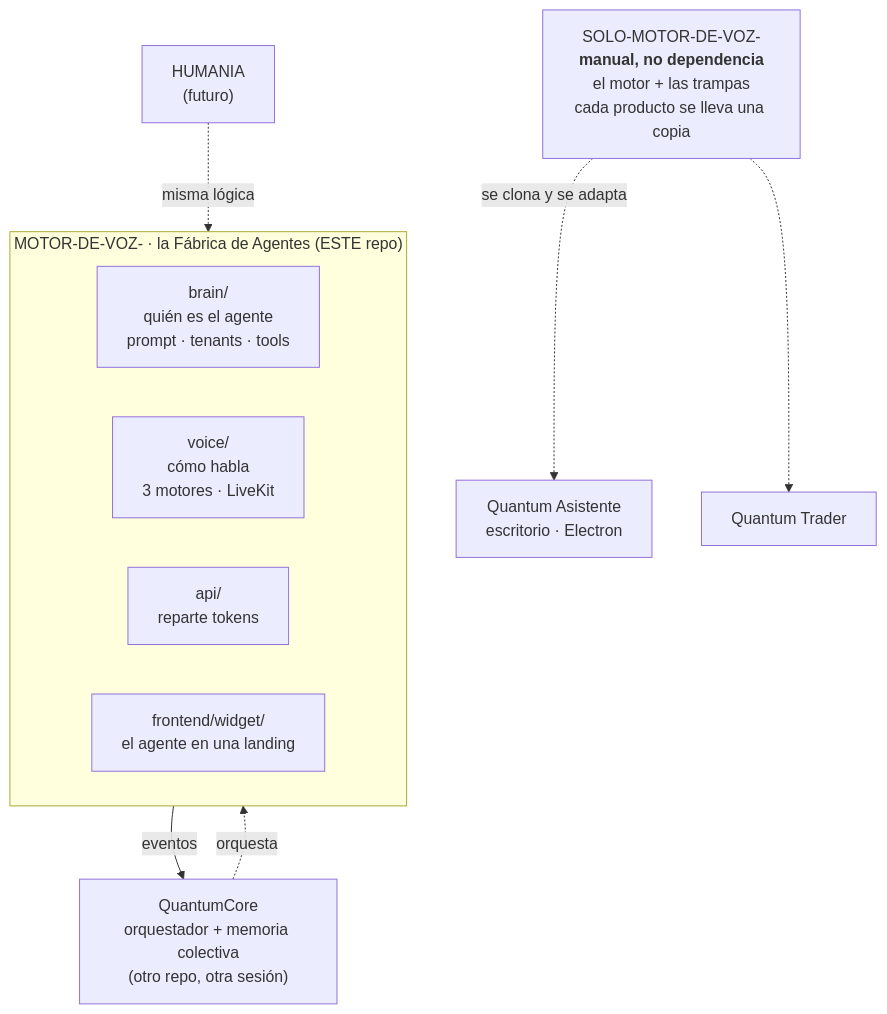
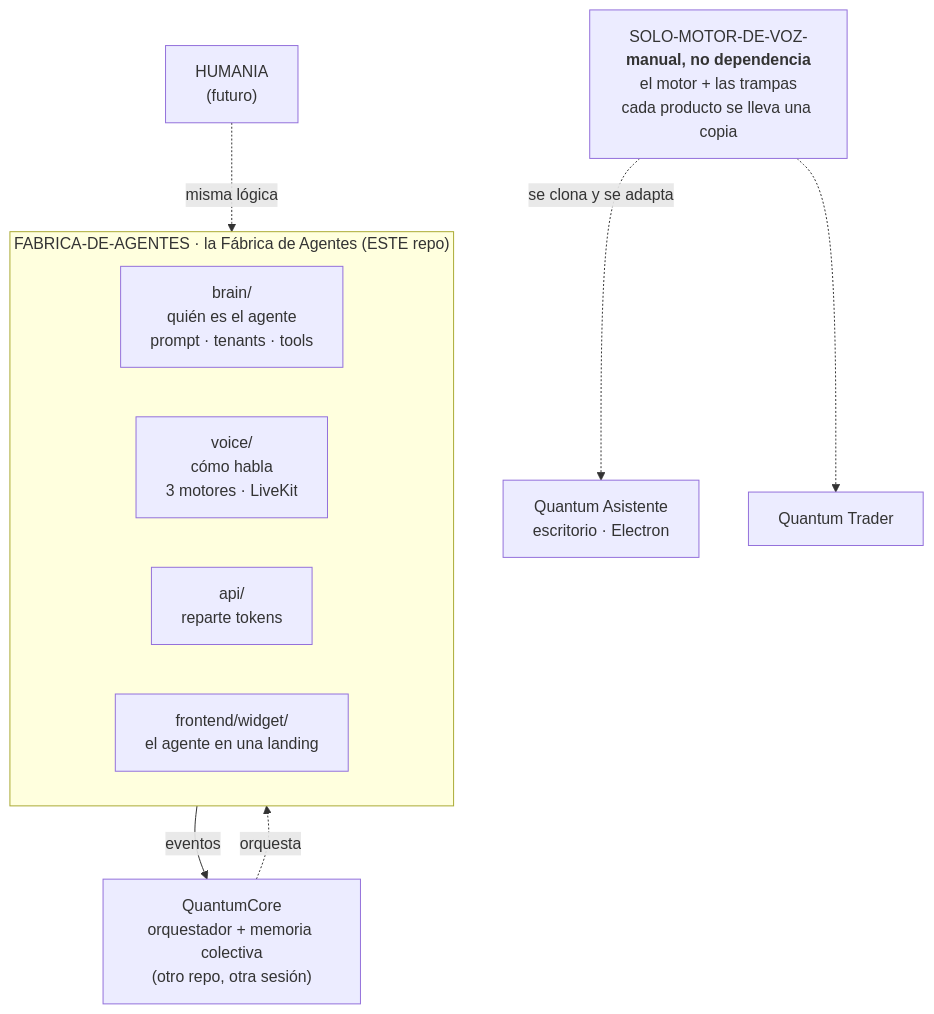
One commit to CEO-QUANTUMHIVE/FABRICA-DE-AGENTES changed the first of 3 diagrams in docs/MAPA.md. Above: the diagram before and after it, drawn with Mermaid. The commit also changed 4 other files, not shown here.

Commit message:
chore: actualizar ruta de Fabrica de Agentes

````diff
--- a/docs/MAPA.md
+++ b/docs/MAPA.md
@@ -10,23 +10,23 @@
 ```mermaid
 flowchart TB
-    subgraph FAB["MOTOR-DE-VOZ- · la Fábrica de Agentes (ESTE repo)"]
+    subgraph FAB["FABRICA-DE-AGENTES · la Fábrica de Agentes (ESTE repo)"]
         BRAIN["brain/<br/>quién es el agente<br/>prompt · tenants · tools"]
         VOICE["voice/<br/>cómo habla<br/>3 motores · LiveKit"]
         API["api/<br/>reparte tokens"]
         WIDGET["frontend/widget/<br/>el agente en una landing"]
     end
 
     MANUAL["SOLO-MOTOR-DE-VOZ-<br/><b>manual, no dependencia</b><br/>el motor + las trampas<br/>cada producto se lleva una copia"]
 
     QC["QuantumCore<br/>orquestador + memoria colectiva<br/>(otro repo, otra sesión)"]
 
     QA["Quantum Asistente<br/>escritorio · Electron"]
     QT["Quantum Trader"]
     HUM["HUMANIA<br/>(futuro)"]
 
     MANUAL -.se clona y se adapta.-> QA
     MANUAL -.-> QT
     FAB -->|eventos| QC
     QC -.orquesta.-> FAB
     HUM -.misma lógica.-> FAB
 ```
````
